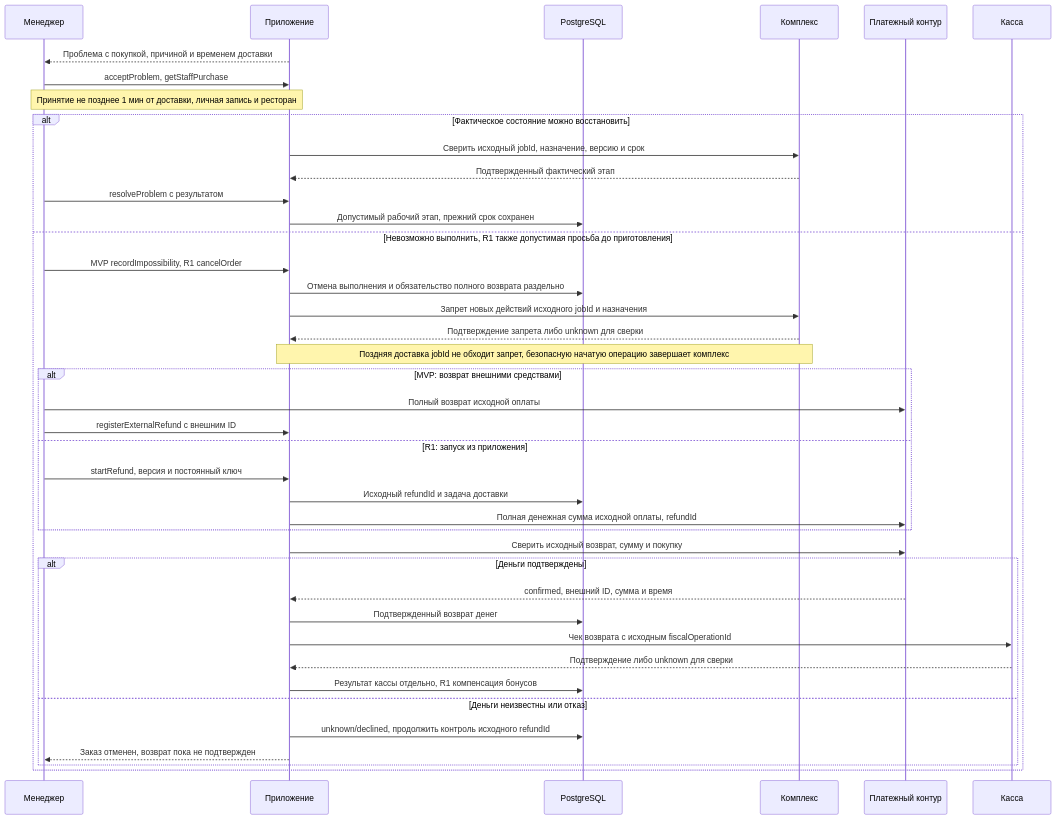
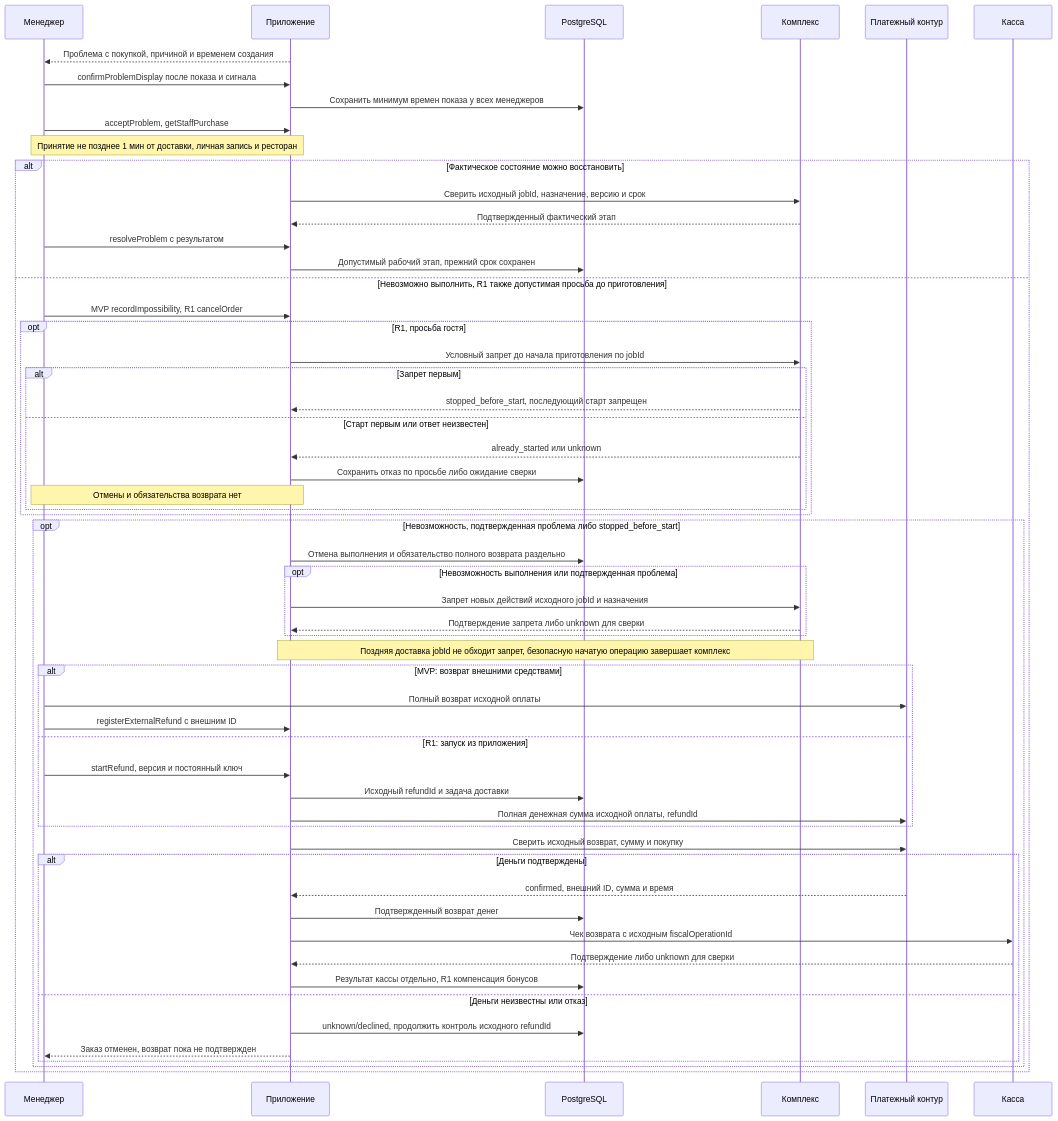
One commit to n-leo-leo/restaurant-order-board changed the seventh of 8 diagrams in docs/project/published/04_architecture/integration-flows.md. Above: the diagram before and after it, drawn with Mermaid. The commit also changed other lines of this file and 92 other files, not shown here.

````diff
--- a/docs/project/published/04_architecture/integration-flows.md
+++ b/docs/project/published/04_architecture/integration-flows.md
@@ -245,43 +270,59 @@
 ```mermaid
 sequenceDiagram
 participant Manager as Менеджер
 participant App as Приложение
 participant DB as PostgreSQL
 participant Robot as Комплекс
 participant Pay as Платежный контур
 participant Cash as Касса
-App-->>Manager: Проблема с покупкой, причиной и временем доставки
+App-->>Manager: Проблема с покупкой, причиной и временем создания
+Manager->>App: confirmProblemDisplay после показа и сигнала
+App->>DB: Сохранить минимум времен показа у всех менеджеров
 Manager->>App: acceptProblem, getStaffPurchase
 Note over Manager,App: Принятие не позднее 1 мин от доставки, личная запись и ресторан
 alt Фактическое состояние можно восстановить
 App->>Robot: Сверить исходный jobId, назначение, версию и срок
 Robot-->>App: Подтвержденный фактический этап
 Manager->>App: resolveProblem с результатом
 App->>DB: Допустимый рабочий этап, прежний срок сохранен
 else Невозможно выполнить, R1 также допустимая просьба до приготовления
 Manager->>App: MVP recordImpossibility, R1 cancelOrder
+opt R1, просьба гостя
+App->>Robot: Условный запрет до начала приготовления по jobId
+alt Запрет первым
+Robot-->>App: stopped_before_start, последующий старт запрещен
+else Старт первым или ответ неизвестен
+Robot-->>App: already_started или unknown
+App->>DB: Сохранить отказ по просьбе либо ожидание сверки
+Note over App,Manager: Отмены и обязательства возврата нет
+end
+end
+opt Невозможность, подтвержденная проблема либо stopped_before_start
 App->>DB: Отмена выполнения и обязательство полного возврата раздельно
+opt Невозможность выполнения или подтвержденная проблема
 App->>Robot: Запрет новых действий исходного jobId и назначения
 Robot-->>App: Подтверждение запрета либо unknown для сверки
+end
 Note over App,Robot: Поздняя доставка jobId не обходит запрет, безопасную начатую операцию завершает комплекс
 alt MVP: возврат внешними средствами
 Manager->>Pay: Полный возврат исходной оплаты
 Manager->>App: registerExternalRefund с внешним ID
 else R1: запуск из приложения
 Manager->>App: startRefund, версия и постоянный ключ
 App->>DB: Исходный refundId и задача доставки
 App->>Pay: Полная денежная сумма исходной оплаты, refundId
 end
 App->>Pay: Сверить исходный возврат, сумму и покупку
 alt Деньги подтверждены
 Pay-->>App: confirmed, внешний ID, сумма и время
 App->>DB: Подтвержденный возврат денег
 App->>Cash: Чек возврата с исходным fiscalOperationId
 Cash-->>App: Подтверждение либо unknown для сверки
 App->>DB: Результат кассы отдельно, R1 компенсация бонусов
 else Деньги неизвестны или отказ
 App->>DB: unknown/declined, продолжить контроль исходного refundId
 App-->>Manager: Заказ отменен, возврат пока не подтвержден
 end
 end
+end
 ```
````
